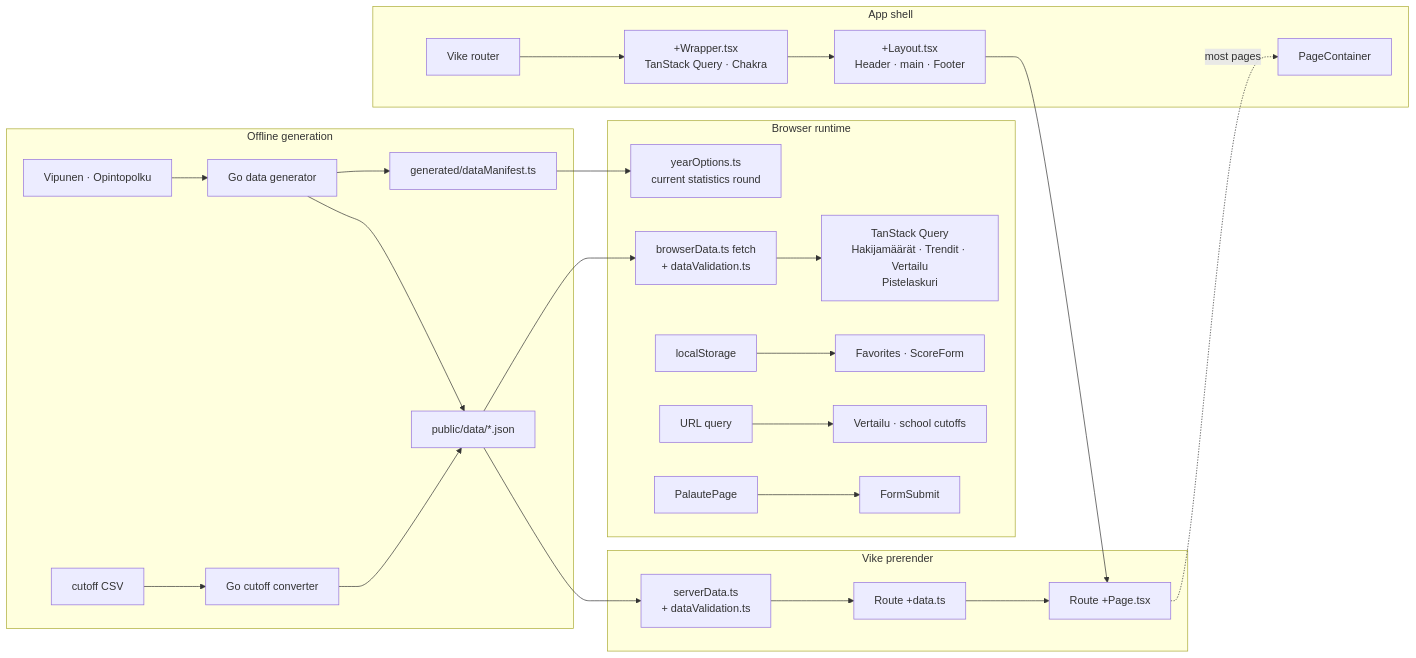
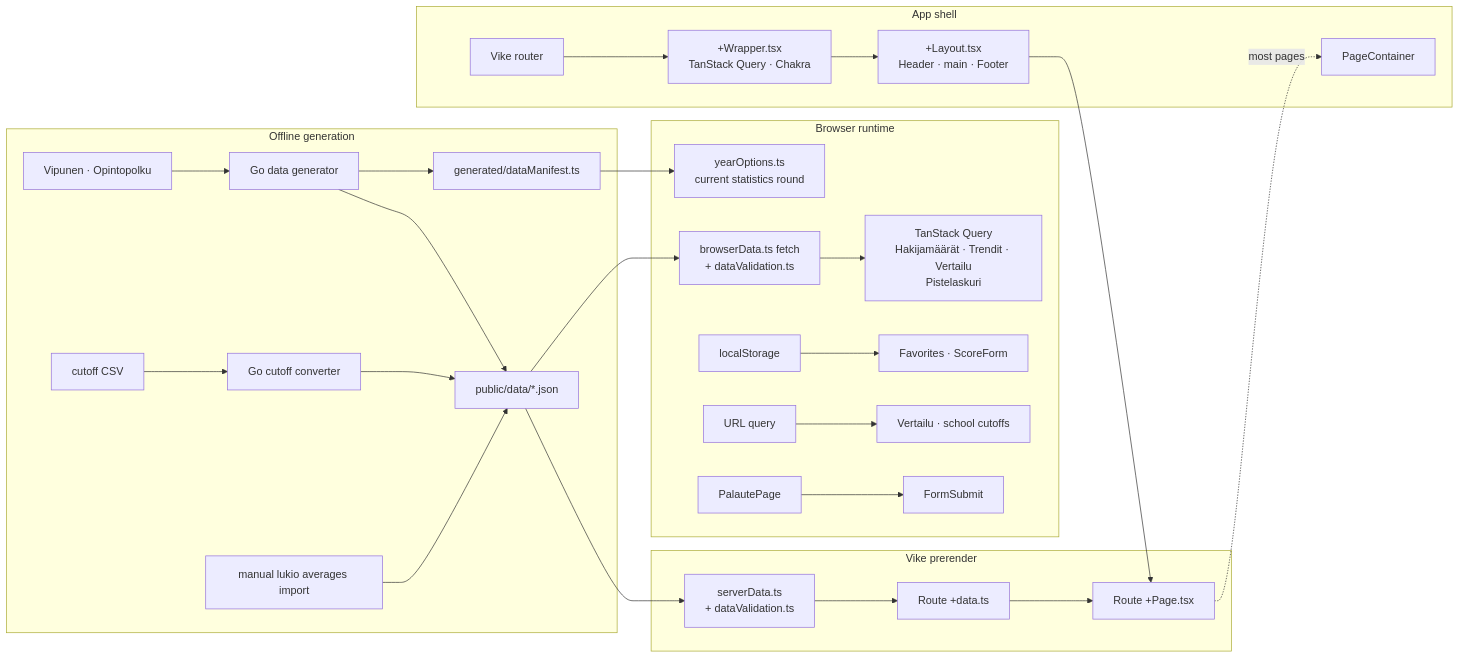
The first of 2 diagrams in frontend/README.md (miko-kortelainen/koulutus-info), drawn with Mermaid before and after one commit. The commit also changed other lines of this file and 26 other files, not shown here.

````diff
--- a/frontend/README.md
+++ b/frontend/README.md
@@ -47,31 +50,32 @@
 ```mermaid
 flowchart LR
   subgraph generation["Offline generation"]
     sources["Vipunen · Opintopolku"] --> generator["Go data generator"]
     generator --> json["public/data/*.json"]
     generator --> manifest["generated/dataManifest.ts"]
     cutoffCsv["cutoff CSV"] --> cutoffConverter["Go cutoff converter"] --> json
+    lukioImport["manual lukio averages import"] --> json
   end
 
   subgraph prerender["Vike prerender"]
     json --> serverData["serverData.ts<br/>+ dataValidation.ts"]
     serverData --> dataFunctions["Route +data.ts"]
     dataFunctions --> routePage["Route +Page.tsx"]
   end
 
   subgraph shell["App shell"]
     router["Vike router"] --> wrapper["+Wrapper.tsx<br/>TanStack Query · Chakra"]
     wrapper --> layout["+Layout.tsx<br/>Header · main · Footer"]
     layout --> routePage
     routePage -. most pages .-> container["PageContainer"]
   end
 
   subgraph runtime["Browser runtime"]
     json --> clientApi["browserData.ts fetch<br/>+ dataValidation.ts"]
     clientApi --> queries["TanStack Query<br/>Hakijamäärät · Trendit · Vertailu<br/>Pistelaskuri"]
     manifest --> yearOptions["yearOptions.ts<br/>current statistics round"]
     localStorage["localStorage"] --> persisted["Favorites · ScoreForm"]
     urlState["URL query"] --> urlPages["Vertailu · school cutoffs"]
     feedback["PalautePage"] --> formSubmit["FormSubmit"]
   end
 ```
````
